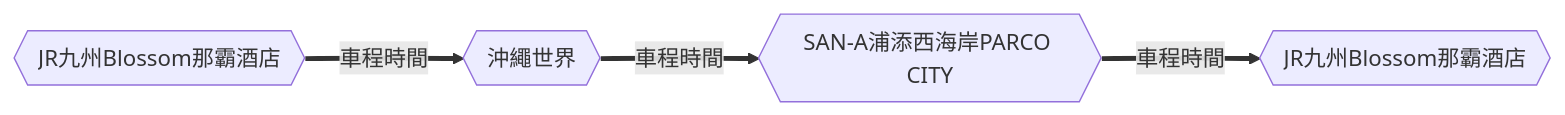
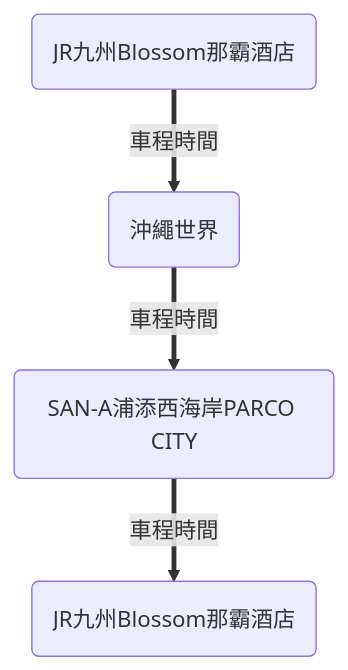
Diagram 11 of 12 in docs/blog/posts/okinawa/okinawa-2024-12/okinawa-2024-12.md (wilder640/trip), drawn with Mermaid before and after one commit. The commit also changed other lines of this file and 2 other files, not shown here.

````diff
--- a/docs/blog/posts/okinawa/okinawa-2024-12/okinawa-2024-12.md
+++ b/docs/blog/posts/okinawa/okinawa-2024-12/okinawa-2024-12.md
@@ -173,4 +327,4 @@
 ``` mermaid
-graph LR
-  A{{JR九州Blossom那霸酒店}} == 車程時間 ==> B{{沖繩世界}} == 車程時間 ==> C{{SAN-A浦添西海岸PARCO CITY}} == 車程時間 ==> D{{JR九州Blossom那霸酒店}}
+graph TD
+  A(JR九州Blossom那霸酒店) == 車程時間 ==> B(沖繩世界) == 車程時間 ==> C(SAN-A浦添西海岸PARCO CITY) == 車程時間 ==> D(JR九州Blossom那霸酒店)
 ```
````
